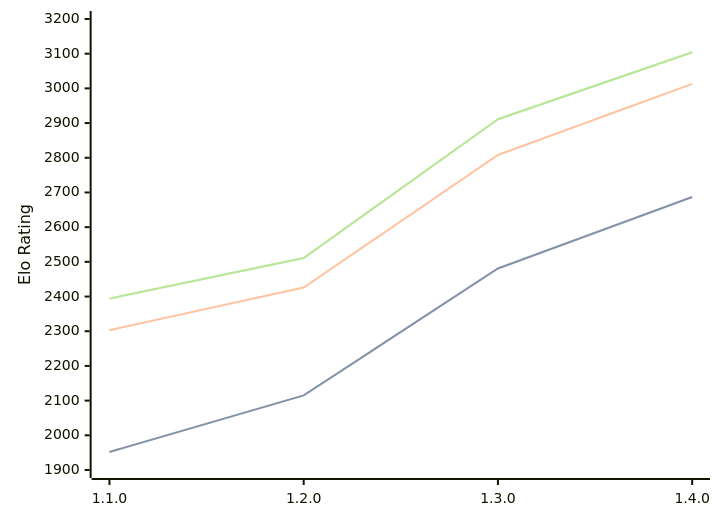
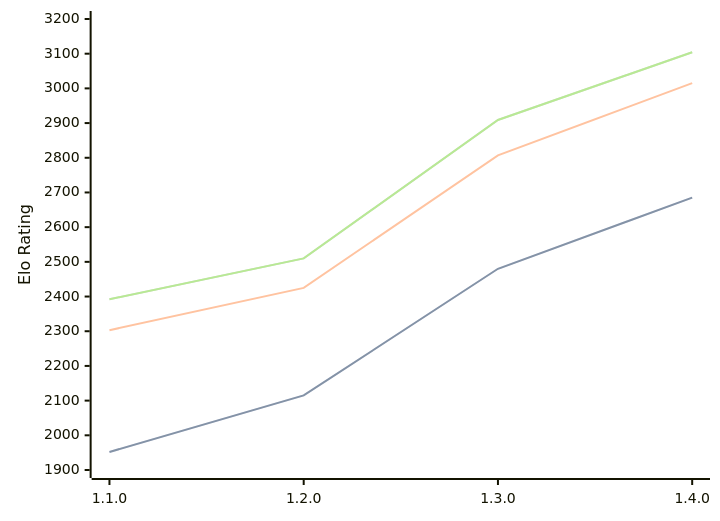
The diagram in engines/Gyatso.md (computer-chess-index/cci), drawn with Mermaid before and after one commit. The commit also changed other lines of this file, not shown here.

Commit message:
Update CCI Ratings (ELO VLTC) - 2026-08-04

````diff
--- a/engines/Gyatso.md
+++ b/engines/Gyatso.md
@@ -36,11 +36,11 @@
 ```mermaid
 %%{init: {"theme":"base","themeVariables":{"seriesColors:['#a3a3a3','#222221','#faa371']}}}%%
 xychart-beta
   x-axis ["1.1.0", "1.2.0", "1.3.0", "1.4.0"]
   y-axis "Elo Rating" 1900 --> 3200
-  line "STC (8.0+0.08s)" [1952, 2115, 2481, 2687]
-  line "STC (8.0+0.08s)" [1952, 2115, 2481, 2687]
-  line "LTC (60.0+0.60s)" [2303, 2426, 2808, 3013]
-  line "VLTC (2m24s+1.12s)" [2394, 2511, 2911, 3104]
-  line "VLTC (2m24s+1.12s)" [2394, 2511, 2911, 3104]
+  line "STC (8.0+0.08s)" [1952, 2115, 2480, 2685]
+  line "STC (8.0+0.08s)" [1952, 2115, 2480, 2685]
+  line "LTC (60.0+0.60s)" [2303, 2425, 2807, 3015]
+  line "VLTC (2m24s+1.12s)" [2392, 2510, 2909, 3104]
+  line "VLTC (2m24s+1.12s)" [2392, 2510, 2909, 3104]
 ```
````
